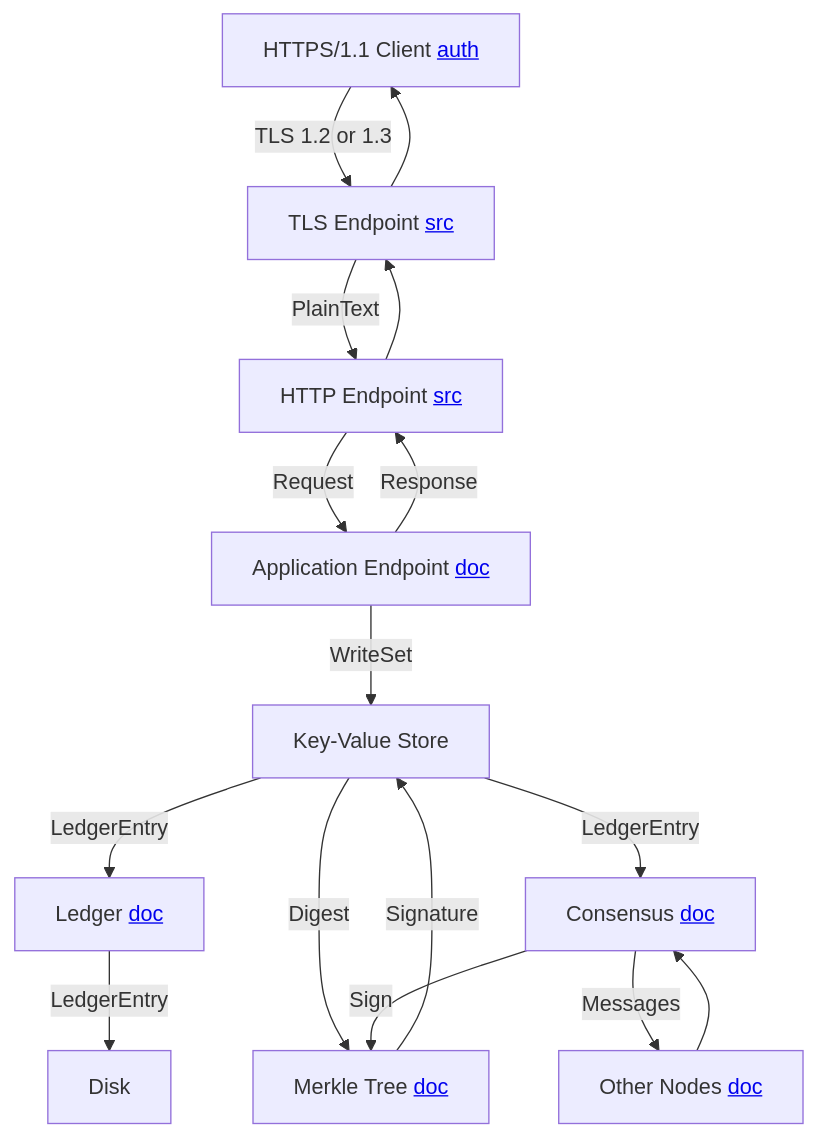
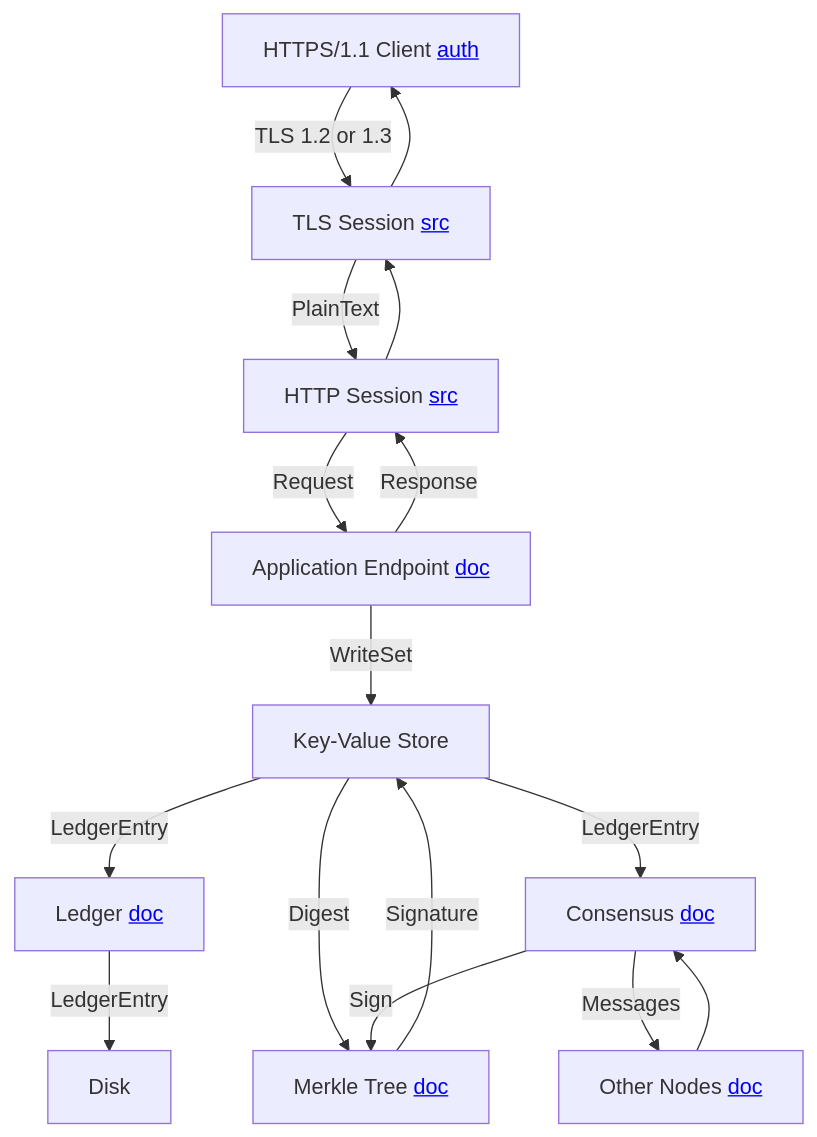
One commit to microsoft/CCF changed the diagram in doc/contribute/onboarding.rst. Above: the diagram before and after it, drawn with Mermaid. The commit also changed 2 other files, not shown here.

```diff
--- a/doc/contribute/onboarding.rst
+++ b/doc/contribute/onboarding.rst
@@ -74,18 +74,18 @@
 .. mermaid::
 
     flowchart TB
-        Client[HTTPS/1.1 Client <a href='../build_apps/auth/index.html'>auth</a>] -- TLS 1.2 or 1.3 --> TLSEndpoint
-        TLSEndpoint[TLS Endpoint <a href='https://github.com/microsoft/CCF/blob/main/src/enclave/tls_endpoint.h'>src</a>] -- PlainText --> HTTPEndpoint
-        HTTPEndpoint[HTTP Endpoint <a href='https://github.com/microsoft/CCF/blob/main/src/http/http_endpoint.h'>src</a>] -- Request --> Endpoint[Application Endpoint <a href='../build_apps/api.html#application-endpoint-registration'>doc</a>]
-        Endpoint -- Response --> HTTPEndpoint
-        HTTPEndpoint --> TLSEndpoint
-        TLSEndpoint --> Client
+        Client[HTTPS/1.1 Client <a href='../build_apps/auth/index.html'>auth</a>] -- TLS 1.2 or 1.3 --> TLSSession
+        TLSSession[TLS Session <a href='https://github.com/microsoft/CCF/blob/main/src/enclave/tls_session.h'>src</a>] -- PlainText --> HTTPSession
+        HTTPSession[HTTP Session <a href='https://github.com/microsoft/CCF/blob/main/src/http/http_session.h'>src</a>] -- Request --> Endpoint[Application Endpoint <a href='../build_apps/api.html#application-endpoint-registration'>doc</a>]
+        Endpoint -- Response --> HTTPSession
+        HTTPSession --> TLSSession
+        TLSSession --> Client
         Endpoint -- WriteSet --> Store[Store <a href='../build_apps/kv/index.html'>doc</a>]
         Store -- LedgerEntry --> Ledger[Ledger <a href='../architecture/ledger.html'>doc</a>]
         Ledger -- LedgerEntry --> Disk
         Store[Key-Value Store] -- Digest --> MerkleTree[Merkle Tree <a href='../architecture/merkle_tree.html'>doc</a>]
         Store -- LedgerEntry --> Consensus[Consensus <a href='../architecture/consensus/index.html'>doc</a>]
         Consensus -- Messages --> OtherNodes[Other Nodes <a href='../architecture/node_to_node.html'>doc</a>]
         OtherNodes --> Consensus
         Consensus -- Sign --> MerkleTree
         MerkleTree -- Signature --> Store
```
